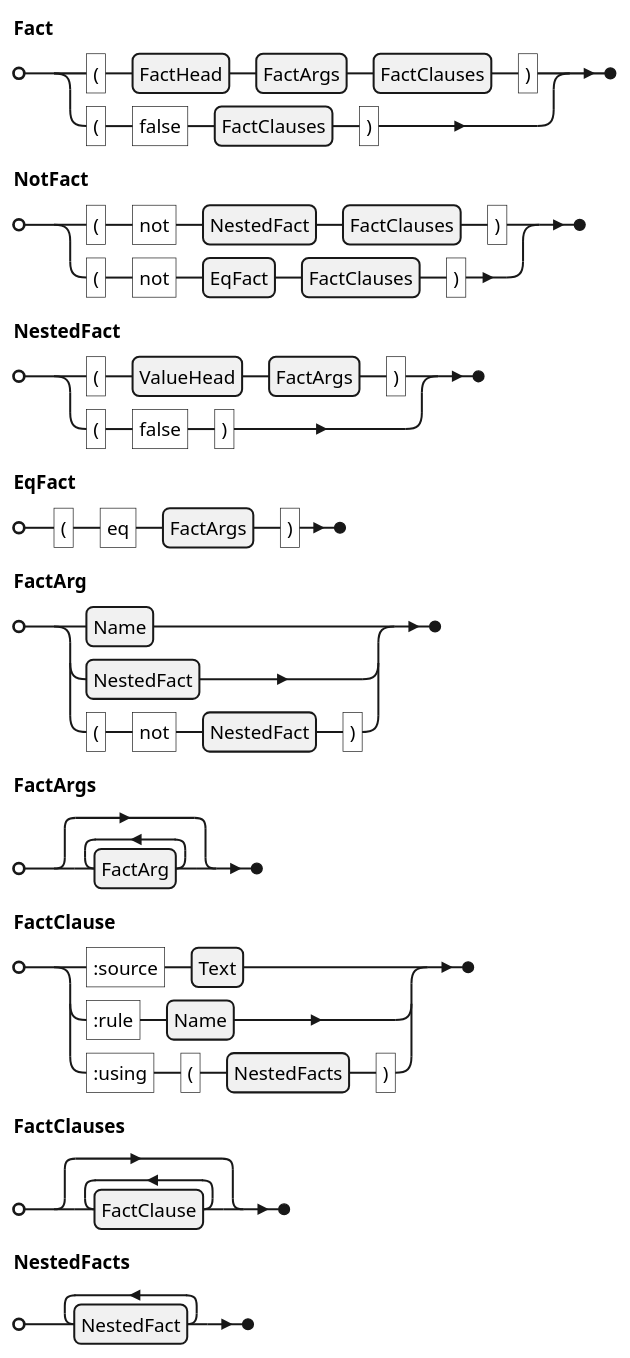
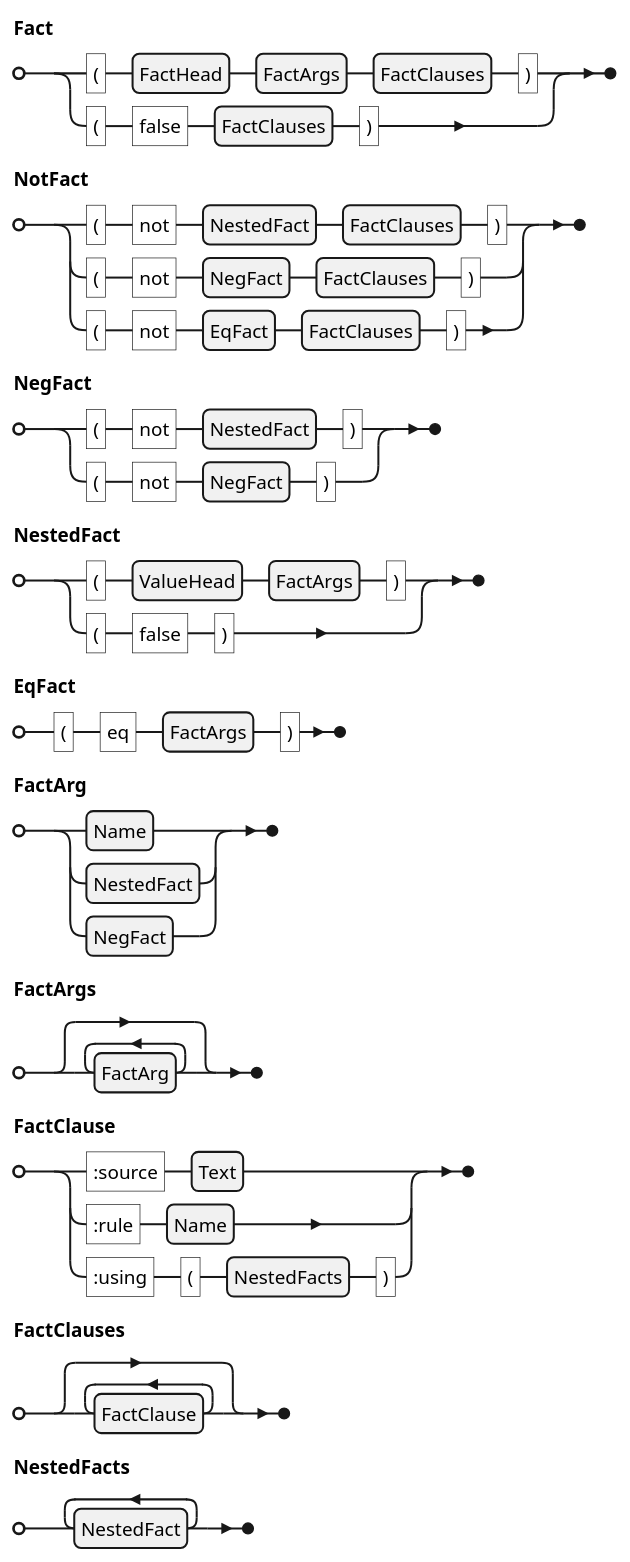
One commit to agutikov/ein changed the diagram in docs/ein/user/04-reference/diagrams/01-grammar-phrase-fact.puml. Above: the diagram before and after it, drawn with PlantUML. The commit also changed 45 other files, not shown here.

```diff
--- a/docs/ein/user/04-reference/diagrams/01-grammar-phrase-fact.puml
+++ b/docs/ein/user/04-reference/diagrams/01-grammar-phrase-fact.puml
@@ -1,11 +1,15 @@
 @startebnf
 Fact = "(" , FactHead , FactArgs , FactClauses , ")" | "(" , "false" , FactClauses , ")" ;
-NotFact = "(" , "not" , NestedFact , FactClauses , ")" | "(" , "not" , EqFact , FactClauses , ")" ;
+NotFact =
+    "(" , "not" , NestedFact , FactClauses , ")"
+  | "(" , "not" , NegFact , FactClauses , ")"
+  | "(" , "not" , EqFact , FactClauses , ")" ;
+NegFact = "(" , "not" , NestedFact , ")" | "(" , "not" , NegFact , ")" ;
 NestedFact = "(" , ValueHead , FactArgs , ")" | "(" , "false" , ")" ;
 EqFact = "(" , "eq" , FactArgs , ")" ;
-FactArg = Name | NestedFact | "(" , "not" , NestedFact , ")" ;
+FactArg = Name | NestedFact | NegFact ;
 FactArgs = { FactArg } ;
 FactClause = ":source" , Text | ":rule" , Name | ":using" , "(" , NestedFacts , ")" ;
 FactClauses = { FactClause } ;
 NestedFacts = { NestedFact }- ;
 @endebnf
```
